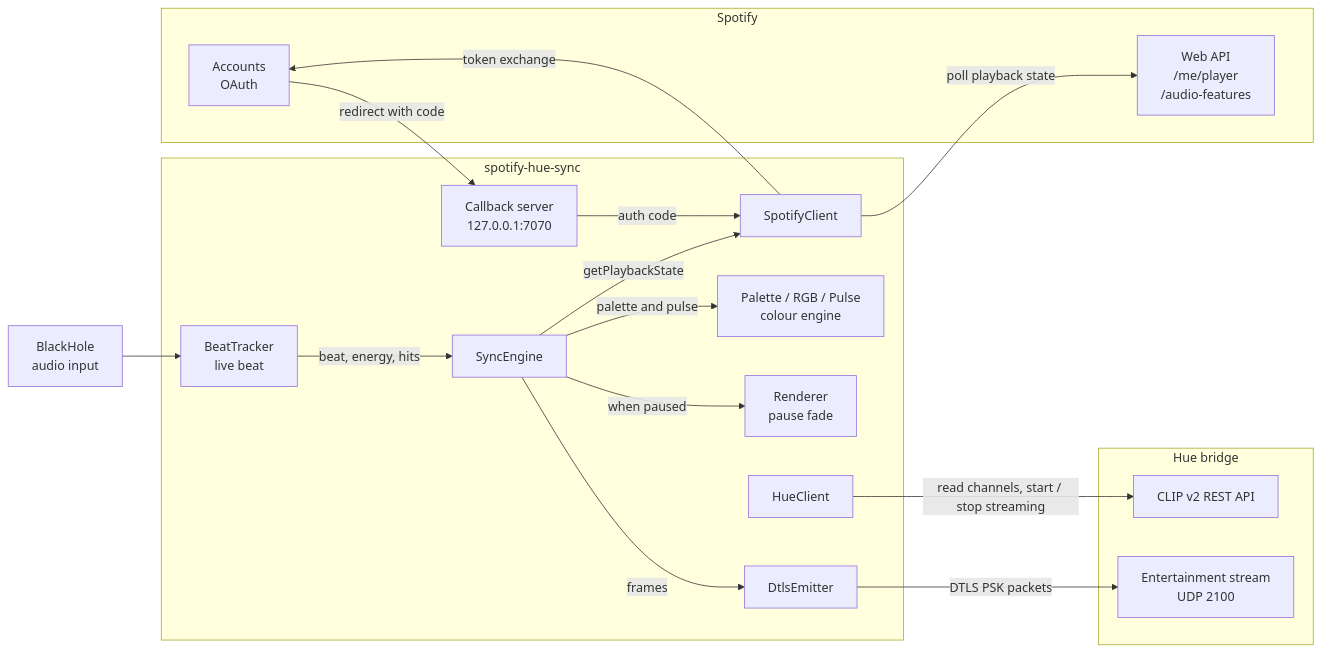
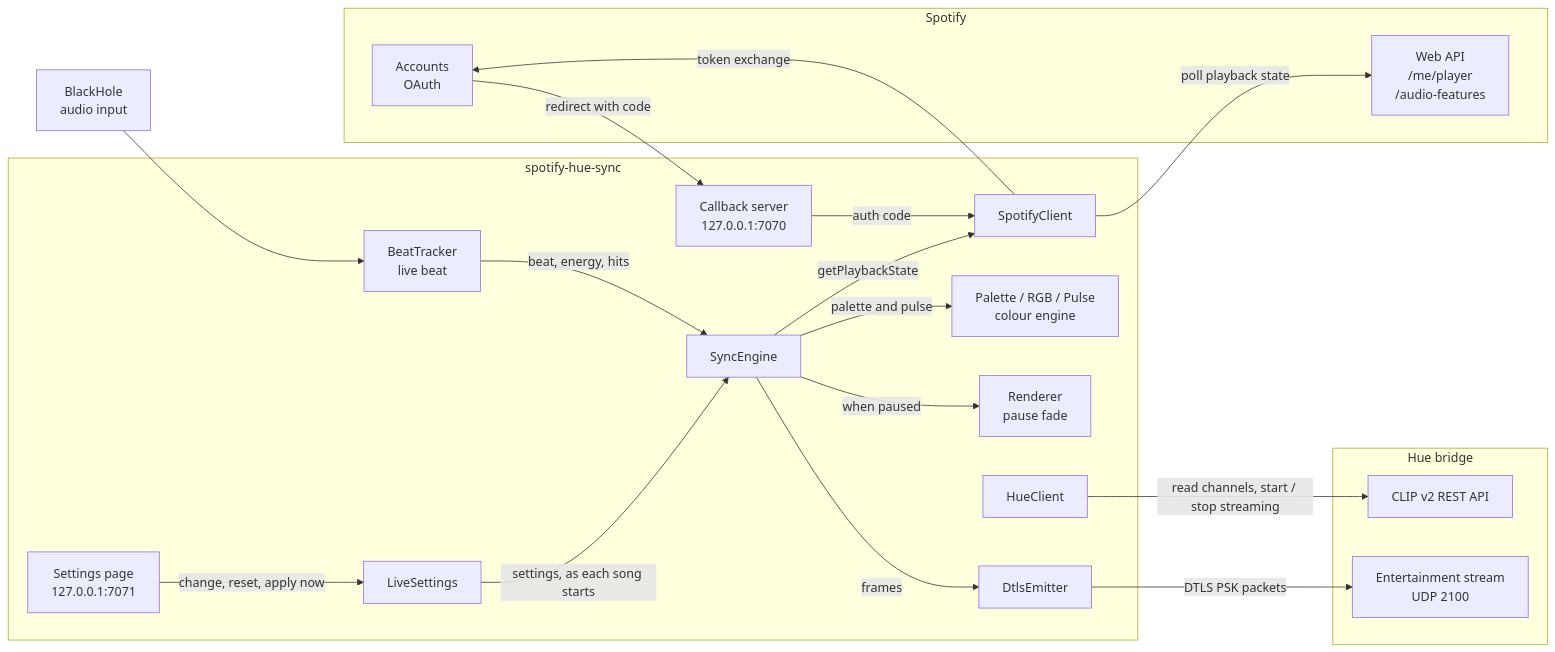
Before and after one commit to LorenzoPrinsloo/spotify-hue-sync: the first of 3 diagrams in docs/architecture.md, drawn with Mermaid. The commit also changed other lines of this file and 48 other files, not shown here.

First line of the commit message:
Add a settings page for trying out light-show settings while the app runs

````diff
--- a/docs/architecture.md
+++ b/docs/architecture.md
@@ -7,36 +15,40 @@
 ```mermaid
 flowchart LR
     subgraph Spotify
         API[Web API<br/>/me/player<br/>/audio-features]
         ACC[Accounts<br/>OAuth]
     end
 
     subgraph App[spotify-hue-sync]
         CB[Callback server<br/>127.0.0.1:7070]
         SC[SpotifyClient]
         SE[SyncEngine]
         PAL[Palette / RGB / Pulse<br/>colour engine]
         REN[Renderer<br/>pause fade]
         BT[BeatTracker<br/>live beat]
         HC[HueClient]
         DE[DtlsEmitter]
+        LS[LiveSettings]
+        UI[Settings page<br/>127.0.0.1:7071]
     end
 
     subgraph Hue[Hue bridge]
         CLIP[CLIP v2 REST API]
         ENT[Entertainment stream<br/>UDP 2100]
     end
 
     ACC -- redirect with code --> CB
     CB -- auth code --> SC
     SC -- token exchange --> ACC
     SC -- poll playback state --> API
     SE -- getPlaybackState --> SC
     SE -- palette and pulse --> PAL
     SE -- when paused --> REN
     BH[BlackHole<br/>audio input] --> BT
     BT -- beat, energy, hits --> SE
     SE -- frames --> DE
+    UI -- change, reset, apply now --> LS
+    LS -- settings, as each song starts --> SE
     HC -- read channels, start / stop streaming --> CLIP
     DE -- DTLS PSK packets --> ENT
 ```
````
